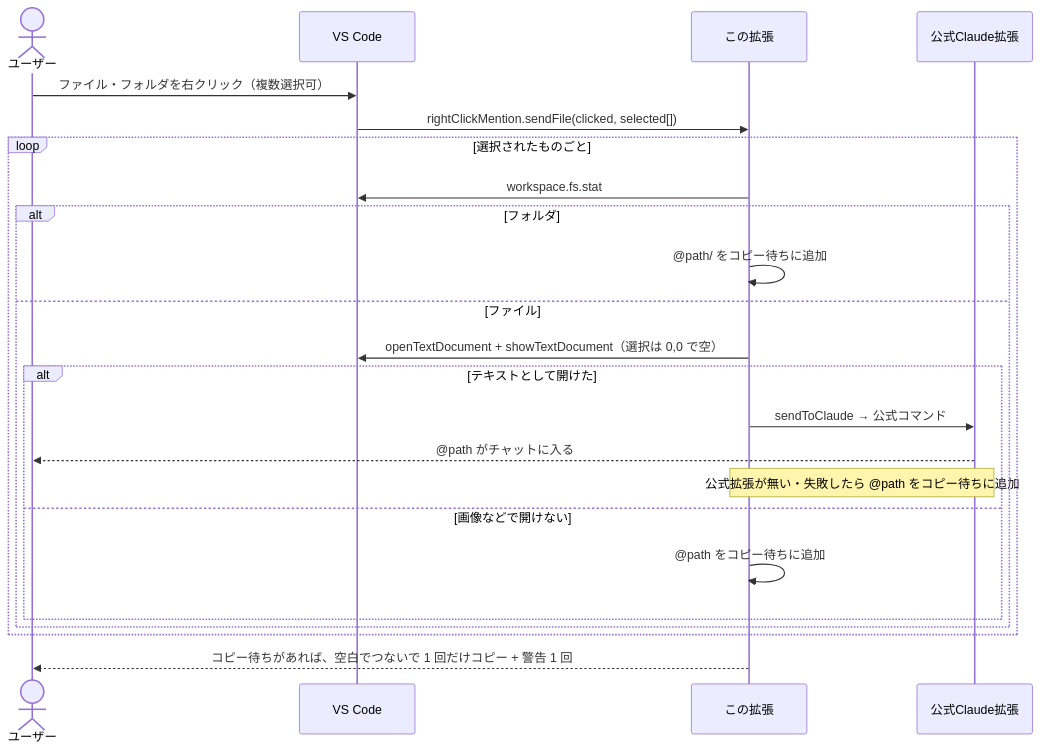
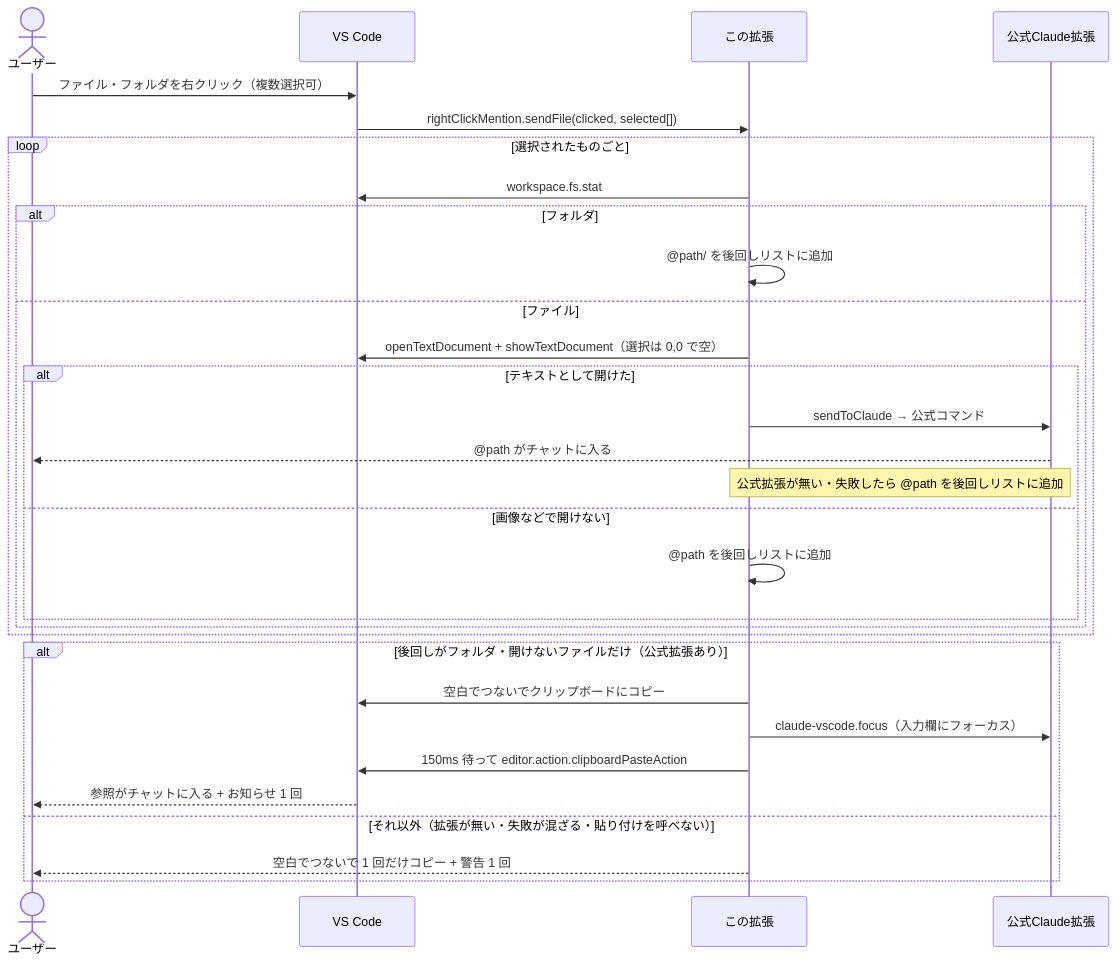
Before and after one commit to kip2/refs-to-chat: the fourth of 6 diagrams in docs/ARCHITECTURE.md, drawn with Mermaid. The commit also changed other lines of this file and 1 other file, not shown here.

````diff
--- a/docs/ARCHITECTURE.md
+++ b/docs/ARCHITECTURE.md
@@ -151,26 +162,33 @@
 ```mermaid
 sequenceDiagram
   actor U as ユーザー
   participant VS as VS Code
   participant E as この拡張
   participant C as 公式Claude拡張
 
   U->>VS: ファイル・フォルダを右クリック（複数選択可）
   VS->>E: rightClickMention.sendFile(clicked, selected[])
   loop 選択されたものごと
     E->>VS: workspace.fs.stat
     alt フォルダ
-      E->>E: @path/ をコピー待ちに追加
+      E->>E: @path/ を後回しリストに追加
     else ファイル
       E->>VS: openTextDocument + showTextDocument（選択は 0,0 で空）
       alt テキストとして開けた
         E->>C: sendToClaude → 公式コマンド
         C-->>U: @path がチャットに入る
-        Note over E,C: 公式拡張が無い・失敗したら @path をコピー待ちに追加
+        Note over E,C: 公式拡張が無い・失敗したら @path を後回しリストに追加
       else 画像などで開けない
-        E->>E: @path をコピー待ちに追加
+        E->>E: @path を後回しリストに追加
       end
     end
   end
-  E-->>U: コピー待ちがあれば、空白でつないで 1 回だけコピー + 警告 1 回
+  alt 後回しがフォルダ・開けないファイルだけ（公式拡張あり）
+    E->>VS: 空白でつないでクリップボードにコピー
+    E->>C: claude-vscode.focus（入力欄にフォーカス）
+    E->>VS: 150ms 待って editor.action.clipboardPasteAction
+    VS-->>U: 参照がチャットに入る + お知らせ 1 回
+  else それ以外（拡張が無い・失敗が混ざる・貼り付けを呼べない）
+    E-->>U: 空白でつないで 1 回だけコピー + 警告 1 回
+  end
 ```
````
